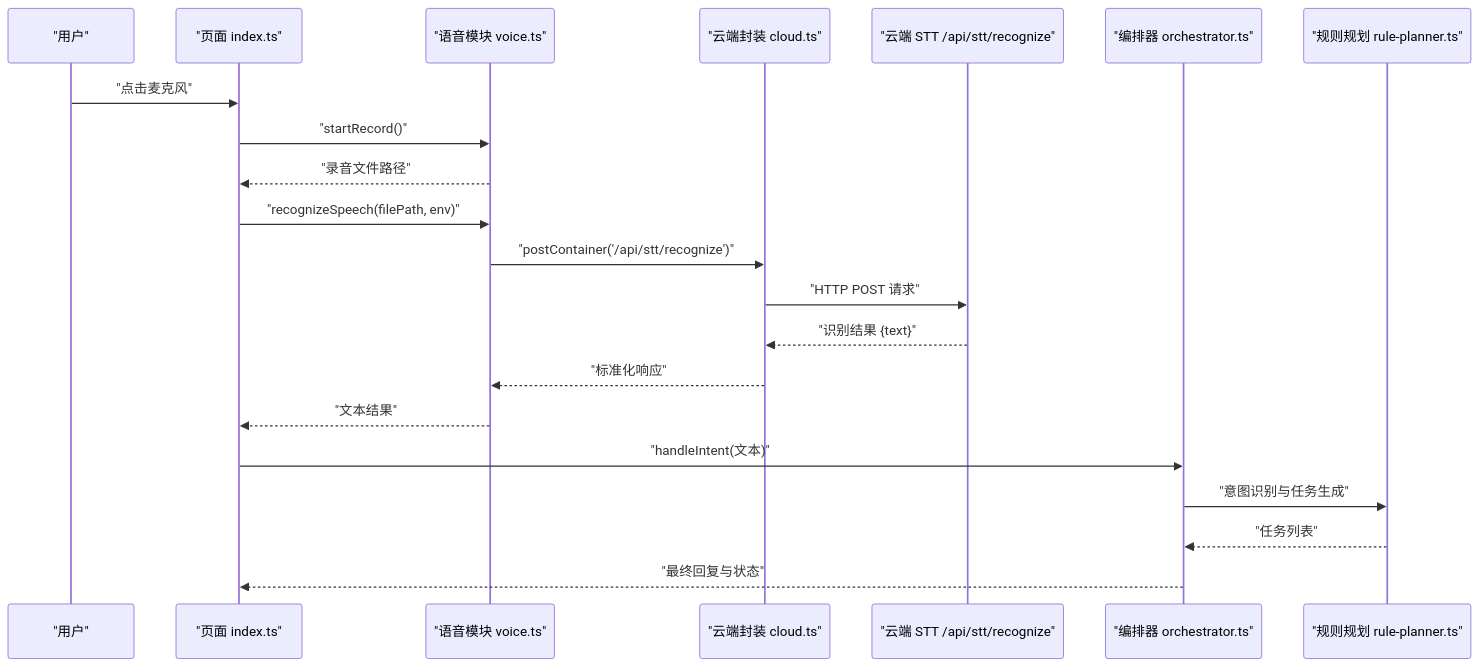
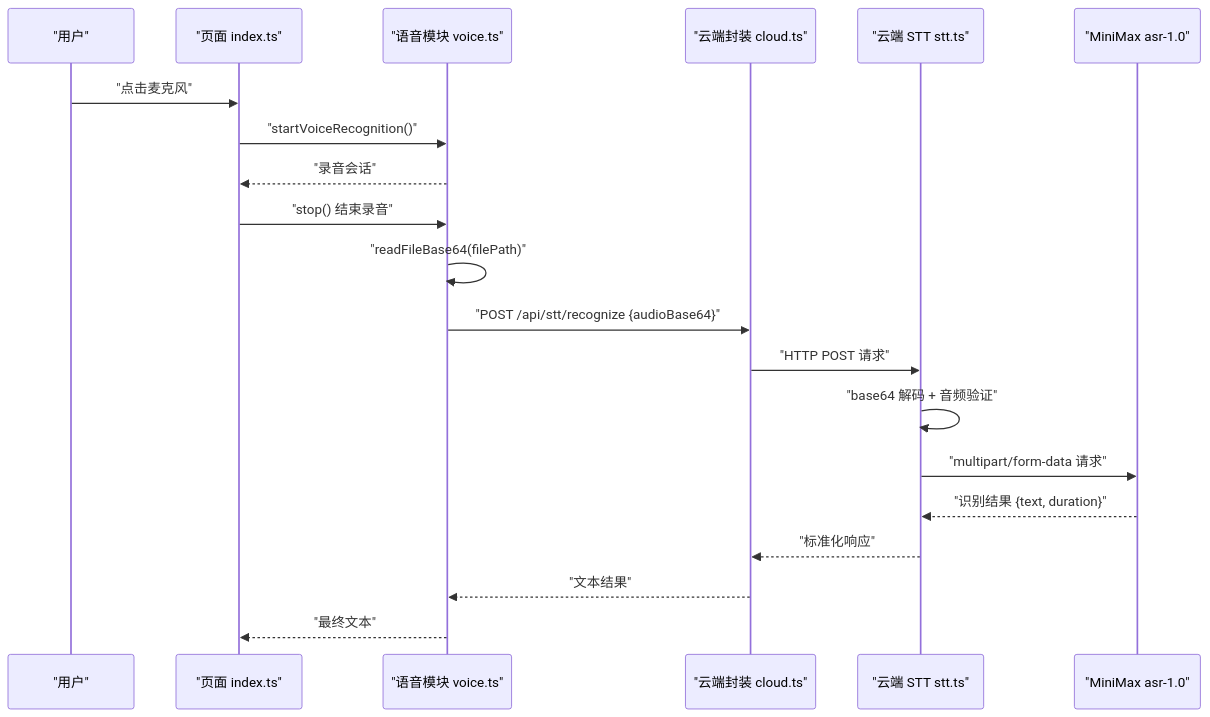
Before and after one commit to Ichi-Hackton/WAIC-WeChat-MiniProgram: the second of 5 diagrams in .qoder/repowiki/zh/content/用户界面/交互层设计/语音交互功能.md, drawn with Mermaid. The commit also changed other lines of this file and 39 other files, not shown here.

````diff
--- a/.qoder/repowiki/zh/content/用户界面/交互层设计/语音交互功能.md
+++ b/.qoder/repowiki/zh/content/用户界面/交互层设计/语音交互功能.md
@@ -100,23 +103,22 @@
 ```mermaid
 sequenceDiagram
 participant User as "用户"
 participant Page as "页面 index.ts"
 participant Voice as "语音模块 voice.ts"
 participant Cloud as "云端封装 cloud.ts"
-participant STT as "云端 STT /api/stt/recognize"
-participant Orchestrator as "编排器 orchestrator.ts"
-participant Planner as "规则规划 rule-planner.ts"
+participant STT as "云端 STT stt.ts"
+participant MiniMax as "MiniMax asr-1.0"
 User->>Page : "点击麦克风"
-Page->>Voice : "startRecord()"
-Voice-->>Page : "录音文件路径"
-Page->>Voice : "recognizeSpeech(filePath, env)"
-Voice->>Cloud : "postContainer('/api/stt/recognize')"
+Page->>Voice : "startVoiceRecognition()"
+Voice-->>Page : "录音会话"
+Page->>Voice : "stop() 结束录音"
+Voice->>Voice : "readFileBase64(filePath)"
+Voice->>Cloud : "POST /api/stt/recognize {audioBase64}"
 Cloud->>STT : "HTTP POST 请求"
-STT-->>Cloud : "识别结果 {text}"
-Cloud-->>Voice : "标准化响应"
-Voice-->>Page : "文本结果"
-Page->>Orchestrator : "handleIntent(文本)"
-Orchestrator->>Planner : "意图识别与任务生成"
-Planner-->>Orchestrator : "任务列表"
-Orchestrator-->>Page : "最终回复与状态"
+STT->>STT : "base64 解码 + 音频验证"
+STT->>MiniMax : "multipart/form-data 请求"
+MiniMax-->>STT : "识别结果 {text, duration}"
+STT-->>Cloud : "标准化响应"
+Cloud-->>Voice : "文本结果"
+Voice-->>Page : "最终文本"
 ```
````
